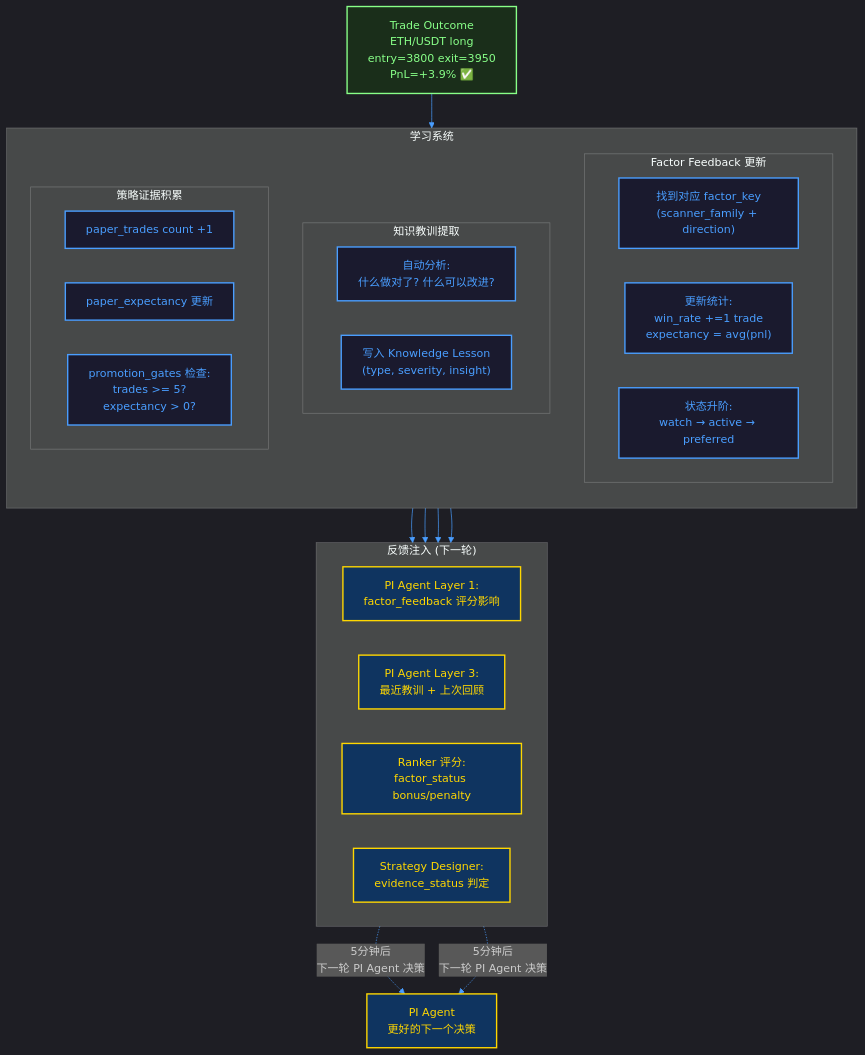
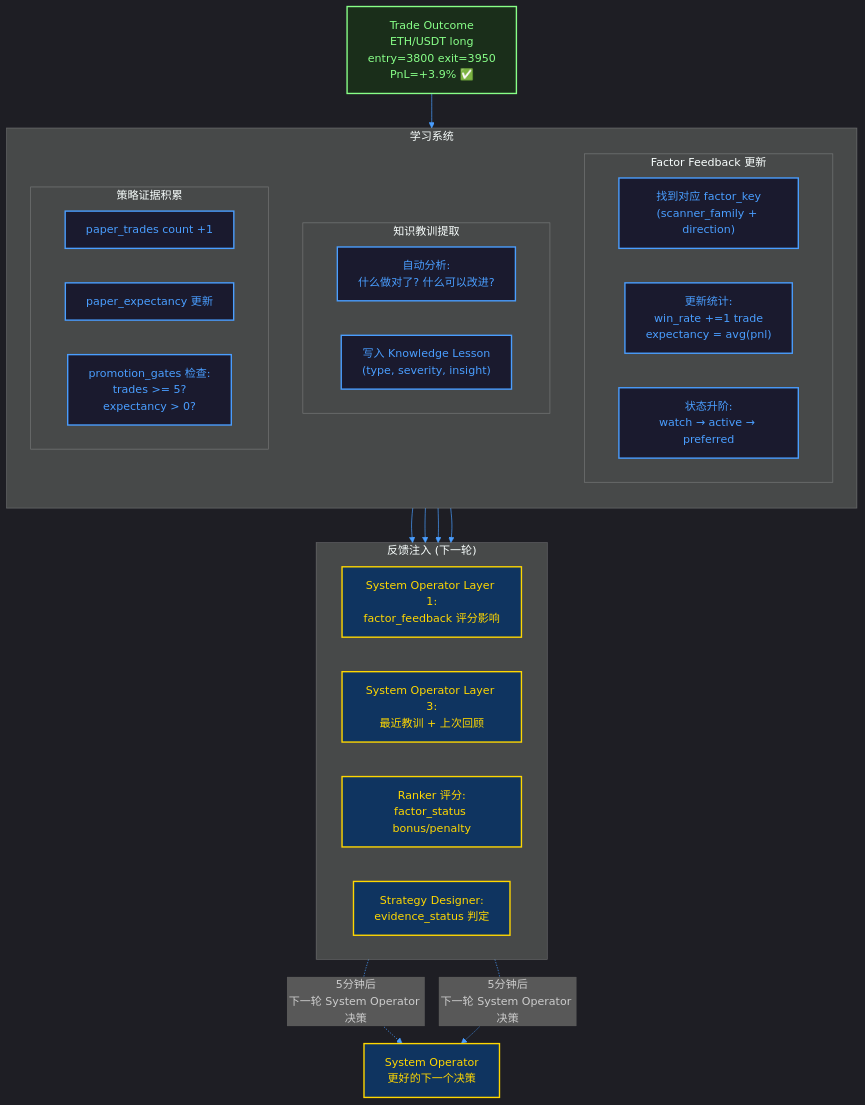
Before and after one commit to iridyne/aletheia: the diagram in docs/diagrams/07_feedback_loop.mmd, drawn with Mermaid. The commit also changed 43 other files, not shown here.

First line of the commit message:
chore(rename): PI Agent → System Operator across runtime-visible surfaces (display layer)

```diff
--- a/docs/diagrams/07_feedback_loop.mmd
+++ b/docs/diagrams/07_feedback_loop.mmd
@@ -1,48 +1,48 @@
 %%{init: {'theme': 'dark', 'themeVariables': {'primaryColor': '#1a1a2e', 'primaryTextColor': '#e0e0e0', 'primaryBorderColor': '#4a9eff', 'lineColor': '#4a9eff', 'fontFamily': 'sans-serif'}}}%%
 flowchart TB
     OUTCOME["Trade Outcome<br/>ETH/USDT long<br/>entry=3800 exit=3950<br/>PnL=+3.9% ✅"]
 
     subgraph LEARN["学习系统"]
         direction TB
 
         subgraph FACTOR["Factor Feedback 更新"]
             FF1["找到对应 factor_key<br/>(scanner_family + direction)"]
             FF2["更新统计:<br/>win_rate +=1 trade<br/>expectancy = avg(pnl)"]
             FF3["状态升阶:<br/>watch → active → preferred"]
         end
 
         subgraph KNOWLEDGE["知识教训提取"]
             KL1["自动分析:<br/>什么做对了? 什么可以改进?"]
             KL2["写入 Knowledge Lesson<br/>(type, severity, insight)"]
         end
 
         subgraph STRATEGY_FB["策略证据积累"]
             SF1["paper_trades count +1"]
             SF2["paper_expectancy 更新"]
             SF3["promotion_gates 检查:<br/>trades >= 5?<br/>expectancy > 0?"]
         end
     end
 
     subgraph INJECT["反馈注入 (下一轮)"]
         direction LR
-        INJ1["PI Agent Layer 1:<br/>factor_feedback 评分影响"]
-        INJ2["PI Agent Layer 3:<br/>最近教训 + 上次回顾"]
+        INJ1["System Operator Layer 1:<br/>factor_feedback 评分影响"]
+        INJ2["System Operator Layer 3:<br/>最近教训 + 上次回顾"]
         INJ3["Ranker 评分:<br/>factor_status bonus/penalty"]
         INJ4["Strategy Designer:<br/>evidence_status 判定"]
     end
 
     OUTCOME --> LEARN
     FACTOR --> INJ1 & INJ3
     KNOWLEDGE --> INJ2
     STRATEGY_FB --> INJ4
 
-    INJ1 & INJ2 -.->|"5分钟后<br/>下一轮 PI Agent 决策"| NEXT["PI Agent<br/>更好的下一个决策"]
+    INJ1 & INJ2 -.->|"5分钟后<br/>下一轮 System Operator 决策"| NEXT["System Operator<br/>更好的下一个决策"]
 
     classDef outcome fill:#1a2e1a,stroke:#88ff88,stroke-width:2px,color:#88ff88
     classDef learn fill:#1a1a2e,stroke:#4a9eff,stroke-width:2px,color:#4a9eff
     classDef inject fill:#0f3460,stroke:#ffd700,stroke-width:2px,color:#ffd700
 
     class OUTCOME outcome
     class FF1,FF2,FF3,KL1,KL2,SF1,SF2,SF3 learn
     class INJ1,INJ2,INJ3,INJ4 inject
     class NEXT inject
```
